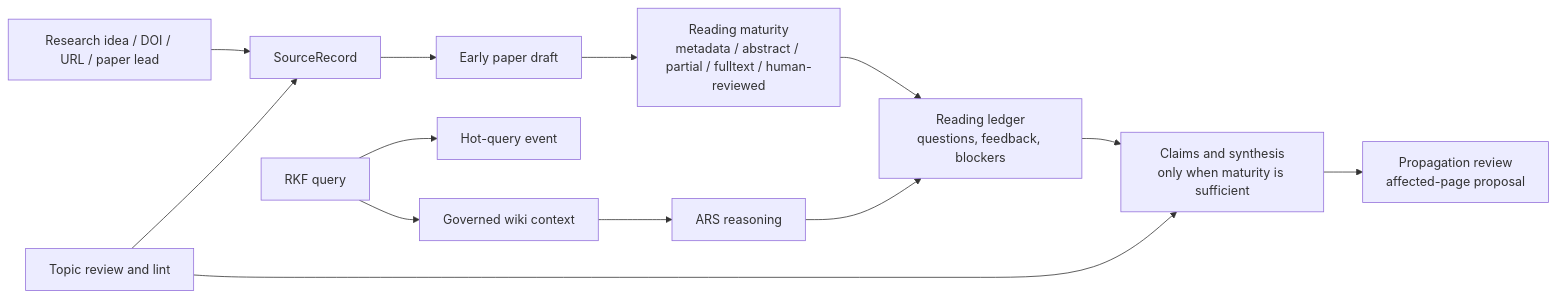
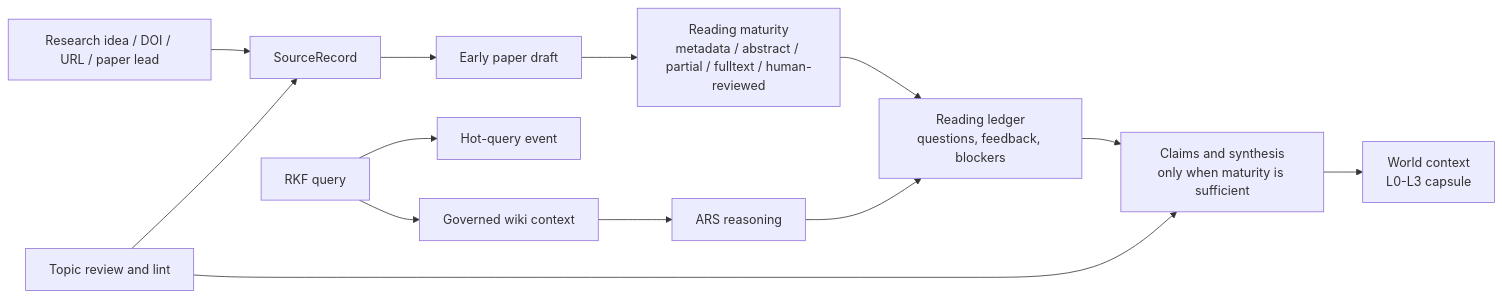
The diagram in README.md (ChenHau-Lan/ResearchWiki), drawn with Mermaid before and after one commit. The commit also changed other lines of this file and 10 other files, not shown here.

Commit message:
Add RKF L0-L3 world context

````diff
--- a/README.md
+++ b/README.md
@@ -61,15 +61,15 @@
 ```mermaid
 flowchart LR
     A["Research idea / DOI / URL / paper lead"] --> B["SourceRecord"]
     B --> C["Early paper draft"]
     C --> D["Reading maturity<br/>metadata / abstract / partial / fulltext / human-reviewed"]
     D --> E["Reading ledger<br/>questions, feedback, blockers"]
     E --> F["Claims and synthesis<br/>only when maturity is sufficient"]
-    F --> G["Propagation review<br/>affected-page proposal"]
+    F --> G["World context<br/>L0-L3 capsule"]
     H["RKF query"] --> I["Hot-query event"]
     H --> J["Governed wiki context"]
     J --> K["ARS reasoning"]
     K --> E
     L["Topic review and lint"] --> B
     L --> F
 ```
````
